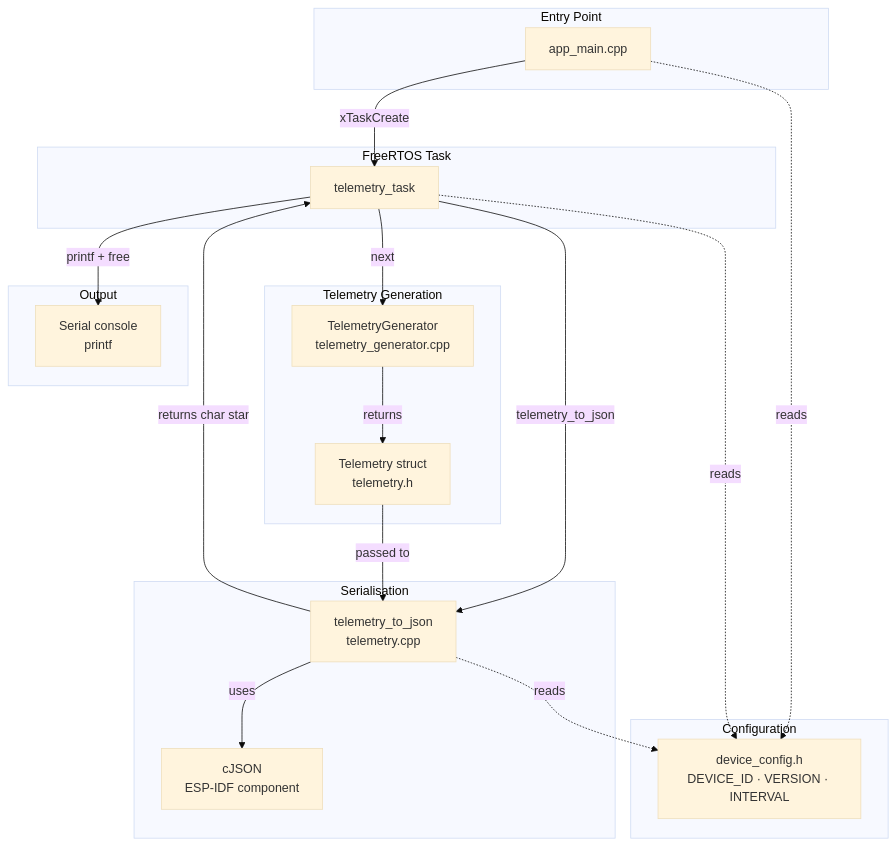
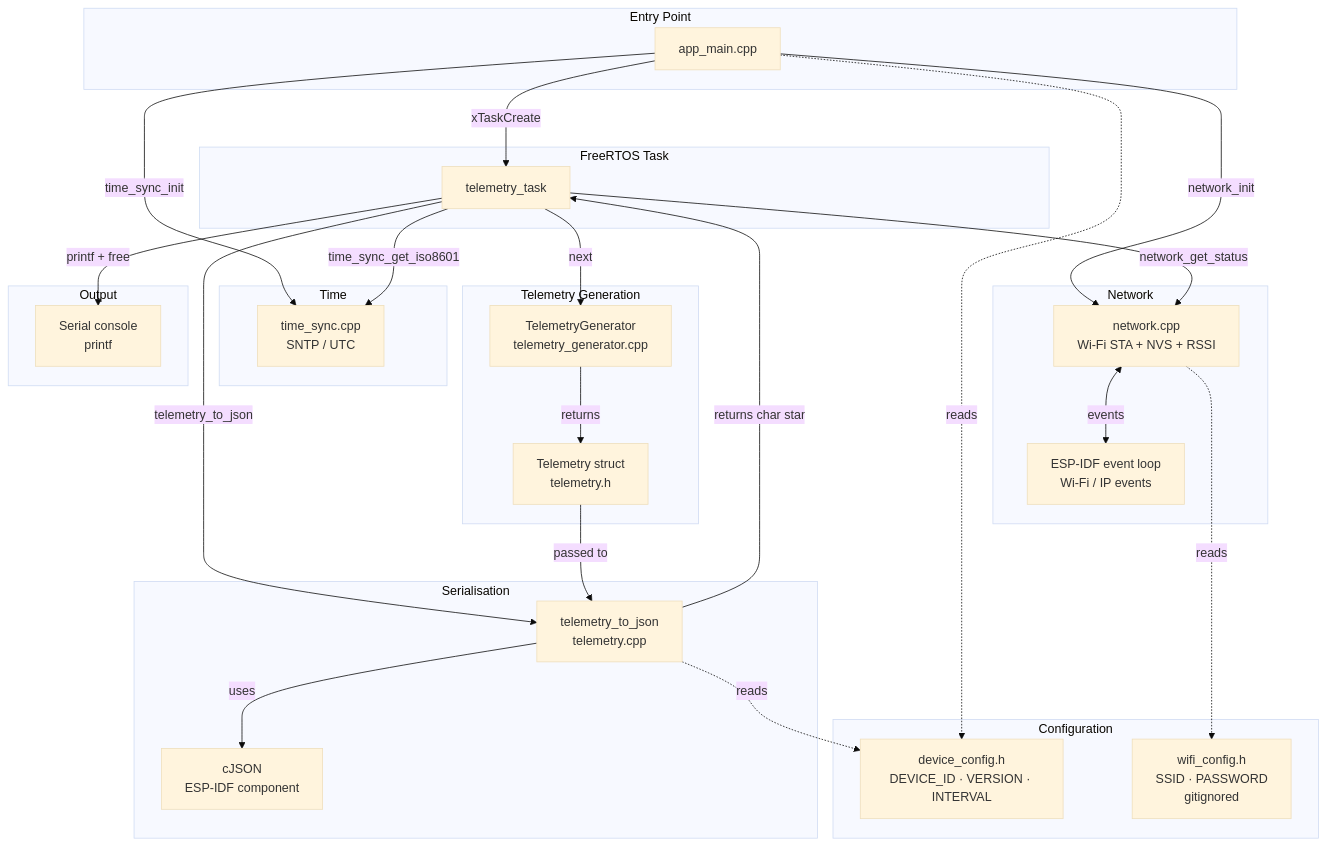
Before and after one commit to IoTEdgeConnect/firmware: the first of 4 diagrams in docs/architecture.md, drawn with Mermaid (base theme). The commit also changed other lines of this file and 1 other file, not shown here.

Commit message:
docs: update architecture and roadmap for Phase 2 completion

````diff
--- a/docs/architecture.md
+++ b/docs/architecture.md
@@ -30,41 +30,56 @@
 ```mermaid
 graph TD
     subgraph entry [Entry Point]
         APP[app_main.cpp]
+    end
+
+    subgraph network [Network]
+        NET[network.cpp\nWi-Fi STA + NVS + RSSI]
+        EVT[ESP-IDF event loop\nWi-Fi / IP events]
+        NET <-->|events| EVT
+    end
+
+    subgraph time [Time]
+        TS[time_sync.cpp\nSNTP / UTC]
     end
 
     subgraph task [FreeRTOS Task]
         TASK[telemetry_task]
     end
 
     subgraph generation [Telemetry Generation]
         GEN[TelemetryGenerator\ntelemetry_generator.cpp]
         STRUCT[Telemetry struct\ntelemetry.h]
     end
 
     subgraph serialisation [Serialisation]
         SER[telemetry_to_json\ntelemetry.cpp]
         CJSON[cJSON\nESP-IDF component]
     end
 
     subgraph config [Configuration]
         CFG[device_config.h\nDEVICE_ID · VERSION · INTERVAL]
+        WCFG[wifi_config.h\nSSID · PASSWORD\ngitignored]
     end
 
     subgraph output [Output]
         UART[Serial console\nprintf]
     end
 
+    APP -->|network_init| NET
+    APP -->|time_sync_init| TS
     APP -->|xTaskCreate| TASK
     TASK -->|next| GEN
     GEN -->|returns| STRUCT
+    TASK -->|network_get_status| NET
+    TASK -->|time_sync_get_iso8601| TS
     TASK -->|telemetry_to_json| SER
     STRUCT -->|passed to| SER
     SER -->|uses| CJSON
     SER -->|returns char star| TASK
     TASK -->|printf + free| UART
 
     APP -.->|reads| CFG
-    TASK -.->|reads| CFG
+    NET -.->|reads| WCFG
     SER -.->|reads| CFG
 ```
````
